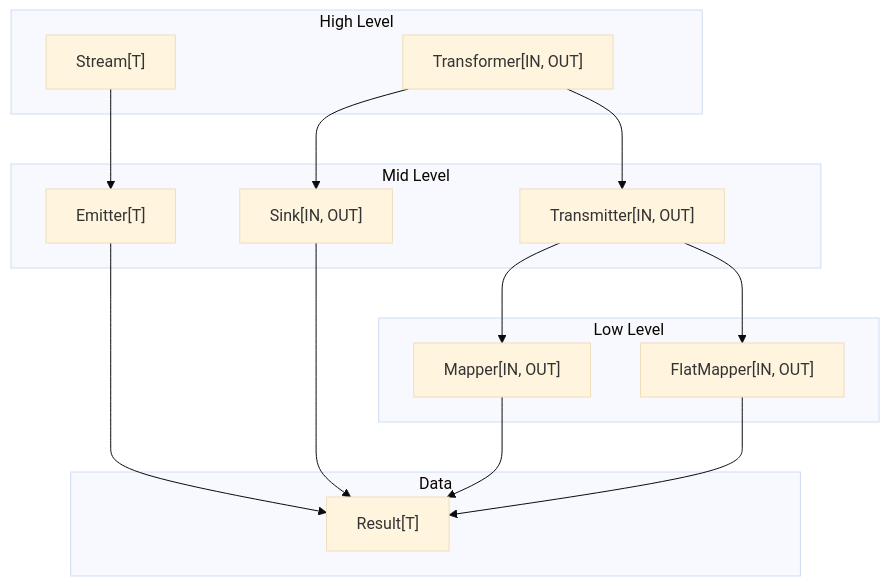
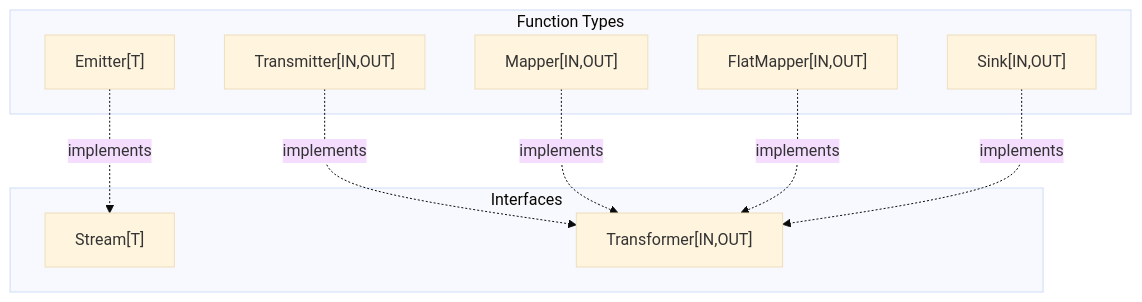
Before and after one commit to helzpont/min-flow: the second of 3 diagrams in flow/core/README.md, drawn with Mermaid (base theme). The commit also changed other lines of this file and 3 other files, not shown here.

````diff
--- a/flow/core/README.md
+++ b/flow/core/README.md
@@ -9,32 +93,21 @@
 ```mermaid
 graph TB
-    subgraph "High Level"
+    subgraph Interfaces
         Stream["Stream[T]"]
-        Transformer["Transformer[IN, OUT]"]
+        Transformer["Transformer[IN,OUT]"]
     end
 
-    subgraph "Mid Level"
+    subgraph "Function Types"
         Emitter["Emitter[T]"]
-        Transmitter["Transmitter[IN, OUT]"]
-        Sink["Sink[IN, OUT]"]
+        Transmitter["Transmitter[IN,OUT]"]
+        Mapper["Mapper[IN,OUT]"]
+        FlatMapper["FlatMapper[IN,OUT]"]
+        Sink["Sink[IN,OUT]"]
     end
 
-    subgraph "Low Level"
-        Mapper["Mapper[IN, OUT]"]
-        FlatMapper["FlatMapper[IN, OUT]"]
-    end
-
-    subgraph "Data"
-        Result["Result[T]"]
-    end
-
-    Stream --> Emitter
-    Transformer --> Transmitter
-    Transformer --> Sink
-    Emitter --> Result
-    Transmitter --> Mapper
-    Transmitter --> FlatMapper
-    Sink --> Result
-    Mapper --> Result
-    FlatMapper --> Result
+    Emitter -.->|implements| Stream
+    Transmitter -.->|implements| Transformer
+    Mapper -.->|implements| Transformer
+    FlatMapper -.->|implements| Transformer
+    Sink -.->|implements| Transformer
 ```
````
